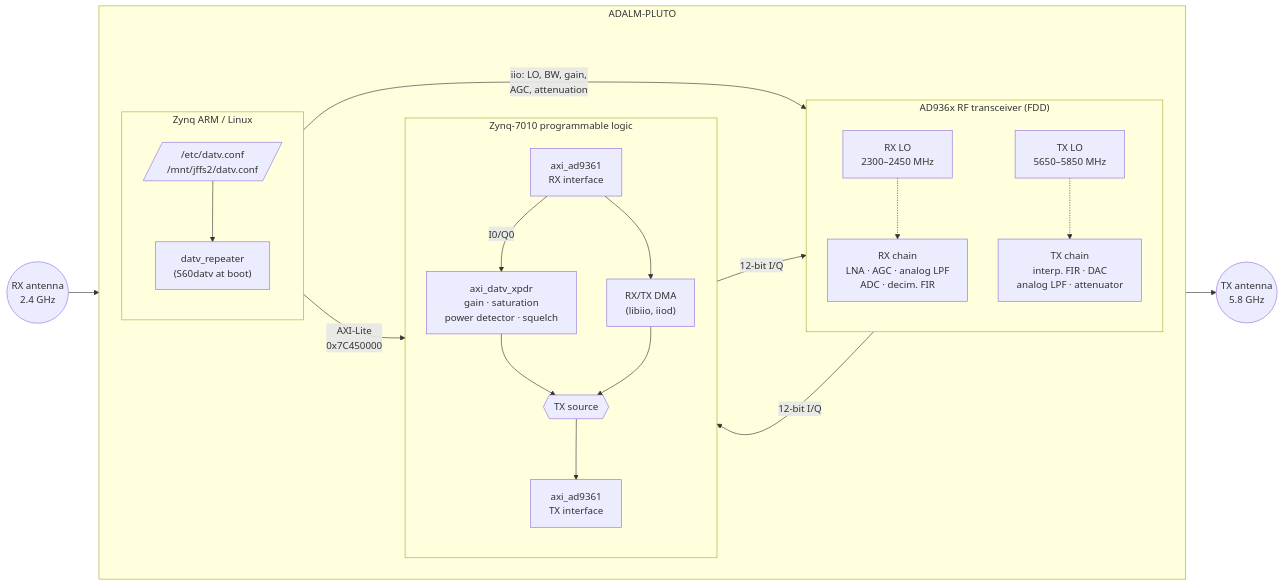
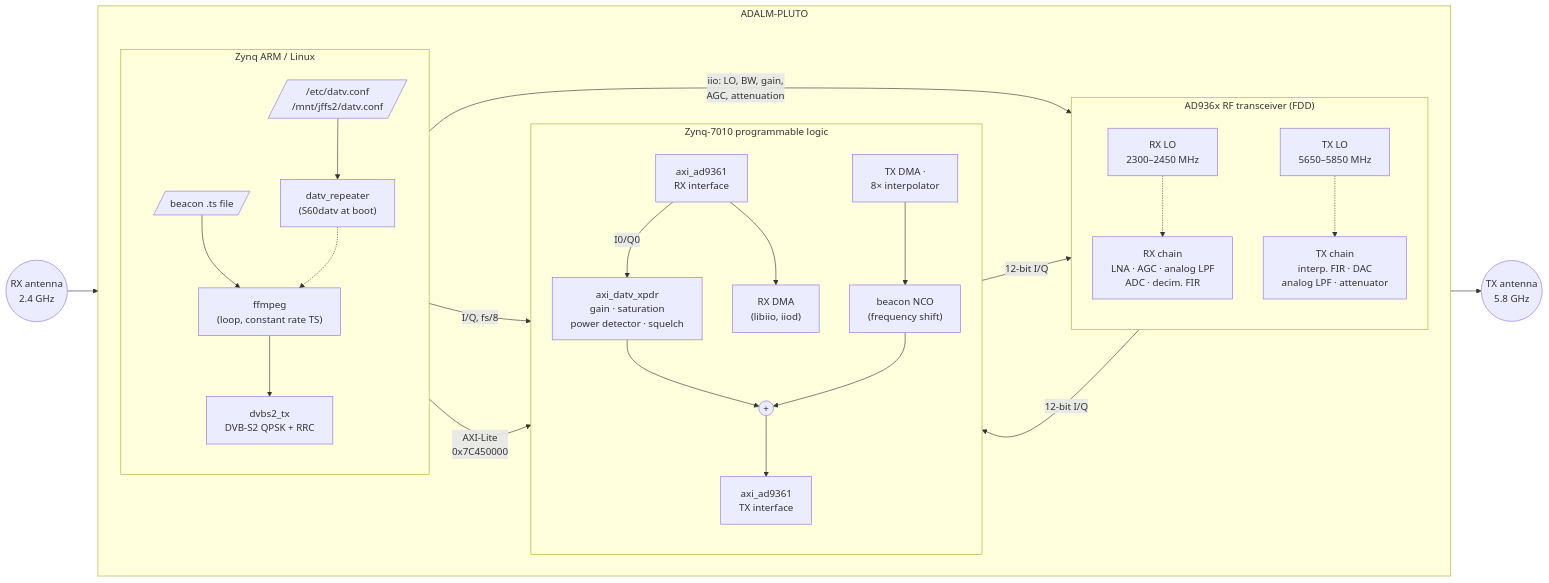
Before and after one commit to barisdinc/yATOLYE-DATV-Repeater: the diagram in README.md, drawn with Mermaid. The commit also changed other lines of this file and 10 other files, not shown here.

First line of the commit message:
Add a DVB-S2 beacon

````diff
--- a/README.md
+++ b/README.md
@@ -35,47 +41,54 @@
 ```mermaid
 flowchart LR
     ANT_RX(("RX antenna<br/>2.4 GHz"))
     ANT_TX(("TX antenna<br/>5.8 GHz"))
 
     subgraph PLUTO["ADALM-PLUTO"]
         direction LR
         subgraph AD936X["AD936x RF transceiver (FDD)"]
             direction TB
             RXLO["RX LO<br/>2300–2450 MHz"]
             RXCH["RX chain<br/>LNA · AGC · analog LPF<br/>ADC · decim. FIR"]
             TXCH["TX chain<br/>interp. FIR · DAC<br/>analog LPF · attenuator"]
             TXLO["TX LO<br/>5650–5850 MHz"]
         end
 
         subgraph FPGA["Zynq-7010 programmable logic"]
             direction TB
             ADC_IF["axi_ad9361<br/>RX interface"]
             XPDR["axi_datv_xpdr<br/>gain · saturation<br/>power detector · squelch"]
-            MUX{{"TX source"}}
+            INTERP["TX DMA ·<br/>8× interpolator"]
+            NCO["beacon NCO<br/>(frequency shift)"]
+            SUM(("+"))
             DAC_IF["axi_ad9361<br/>TX interface"]
-            DMA["RX/TX DMA<br/>(libiio, iiod)"]
+            DMA["RX DMA<br/>(libiio, iiod)"]
         end
 
         subgraph PS["Zynq ARM / Linux"]
             direction TB
             CONF[/"/etc/datv.conf<br/>/mnt/jffs2/datv.conf"/]
             SCRIPT["datv_repeater<br/>(S60datv at boot)"]
+            TS[/"beacon .ts file"/]
+            FFMPEG["ffmpeg<br/>(loop, constant rate TS)"]
+            DVBS2["dvbs2_tx<br/>DVB-S2 QPSK + RRC"]
         end
     end
 
     ANT_RX --> RXCH
     RXLO -.-> RXCH
     RXCH -- "12-bit I/Q" --> ADC_IF
     ADC_IF -- "I0/Q0" --> XPDR
     ADC_IF --> DMA
-    XPDR --> MUX
-    DMA --> MUX
-    MUX --> DAC_IF
+    XPDR --> SUM
+    TS --> FFMPEG --> DVBS2 -- "I/Q, fs/8" --> INTERP
+    INTERP --> NCO --> SUM
+    SUM --> DAC_IF
     DAC_IF -- "12-bit I/Q" --> TXCH
     TXLO -.-> TXCH
     TXCH --> ANT_TX
 
     CONF --> SCRIPT
     SCRIPT -- "iio: LO, BW, gain,<br/>AGC, attenuation" --> AD936X
     SCRIPT -- "AXI-Lite<br/>0x7C450000" --> XPDR
+    SCRIPT -.-> FFMPEG
 ```
````
